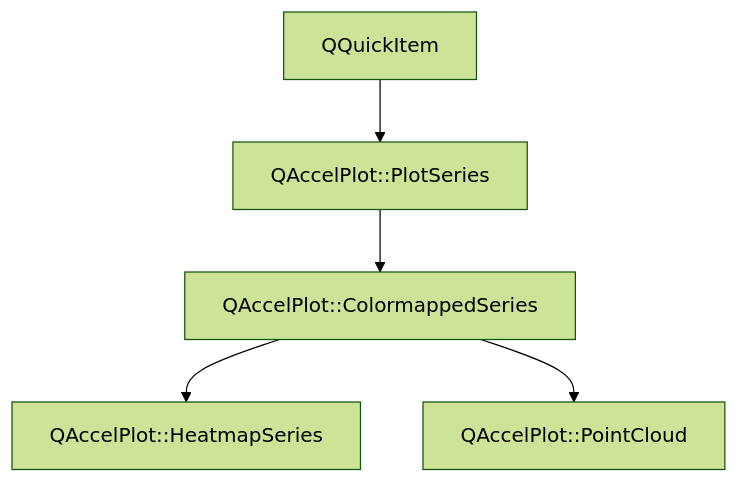
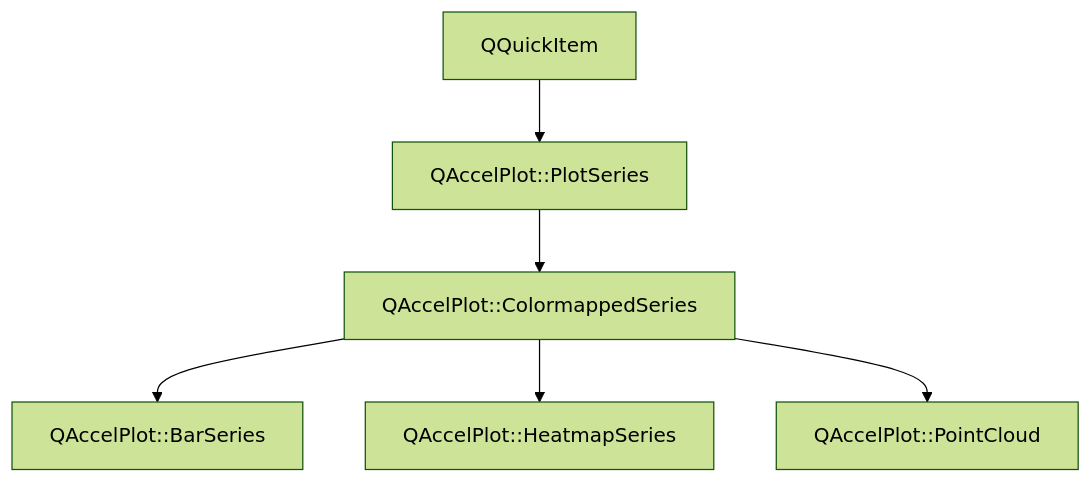
The diagram in main/assets/.doxy/QAccelPlot/api/classQAccelPlot_1_1ColormappedSeries.md (michalgrabarczyk/QAccelPlot), drawn with Mermaid (forest theme) before and after one commit. The commit also changed other lines of this file and 60 other files, not shown here.

````diff
--- a/main/assets/.doxy/QAccelPlot/api/classQAccelPlot_1_1ColormappedSeries.md
+++ b/main/assets/.doxy/QAccelPlot/api/classQAccelPlot_1_1ColormappedSeries.md
@@ -32,20 +32,24 @@
 ```mermaid
 flowchart TB
   classQAccelPlot_1_1ColormappedSeries["QAccelPlot::ColormappedSeries"]
 
   classQAccelPlot_1_1PlotSeries["QAccelPlot::PlotSeries"]
   classQAccelPlot_1_1PlotSeries --> classQAccelPlot_1_1ColormappedSeries
   click classQAccelPlot_1_1PlotSeries "../classQAccelPlot_1_1PlotSeries/" "Open QAccelPlot::PlotSeries"
 
   external_base_classQAccelPlot_1_1PlotSeries_1["QQuickItem"]
   external_base_classQAccelPlot_1_1PlotSeries_1 --> classQAccelPlot_1_1PlotSeries
 
+  classQAccelPlot_1_1BarSeries["QAccelPlot::BarSeries"]
+  classQAccelPlot_1_1ColormappedSeries --> classQAccelPlot_1_1BarSeries
+  click classQAccelPlot_1_1BarSeries "../classQAccelPlot_1_1BarSeries/" "Open QAccelPlot::BarSeries"
+
   classQAccelPlot_1_1HeatmapSeries["QAccelPlot::HeatmapSeries"]
   classQAccelPlot_1_1ColormappedSeries --> classQAccelPlot_1_1HeatmapSeries
   click classQAccelPlot_1_1HeatmapSeries "../classQAccelPlot_1_1HeatmapSeries/" "Open QAccelPlot::HeatmapSeries"
 
   classQAccelPlot_1_1PointCloud["QAccelPlot::PointCloud"]
   classQAccelPlot_1_1ColormappedSeries --> classQAccelPlot_1_1PointCloud
   click classQAccelPlot_1_1PointCloud "../classQAccelPlot_1_1PointCloud/" "Open QAccelPlot::PointCloud"
 
 ```
````
